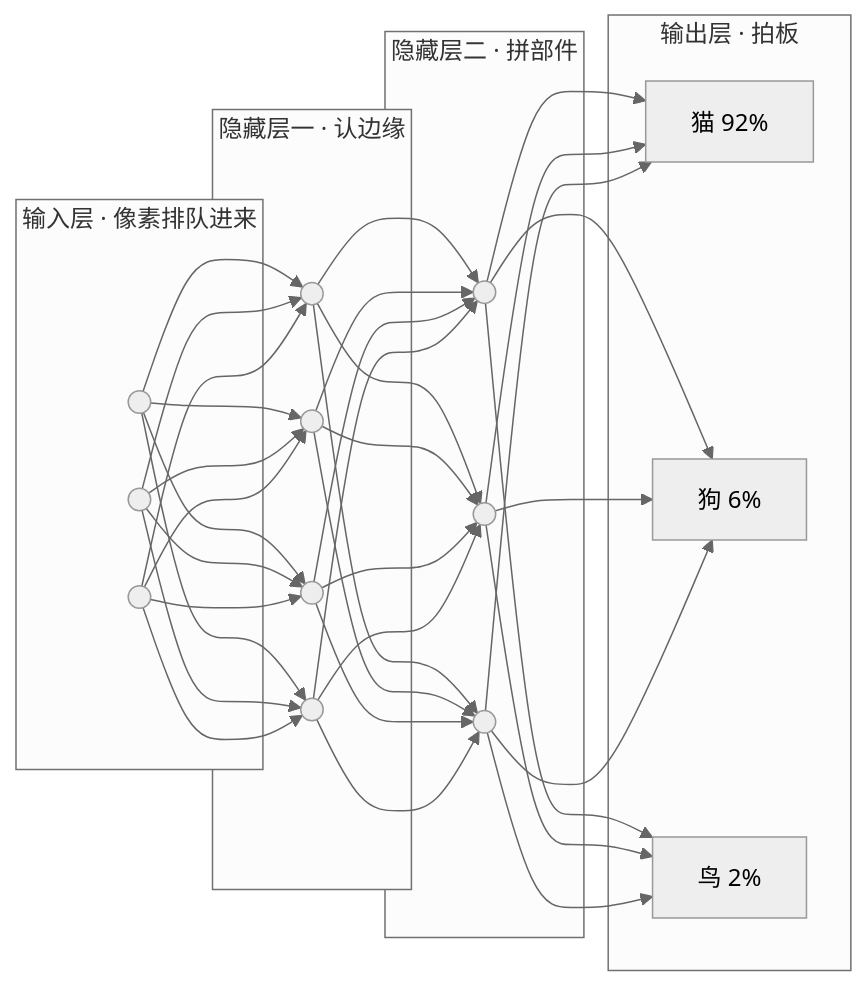
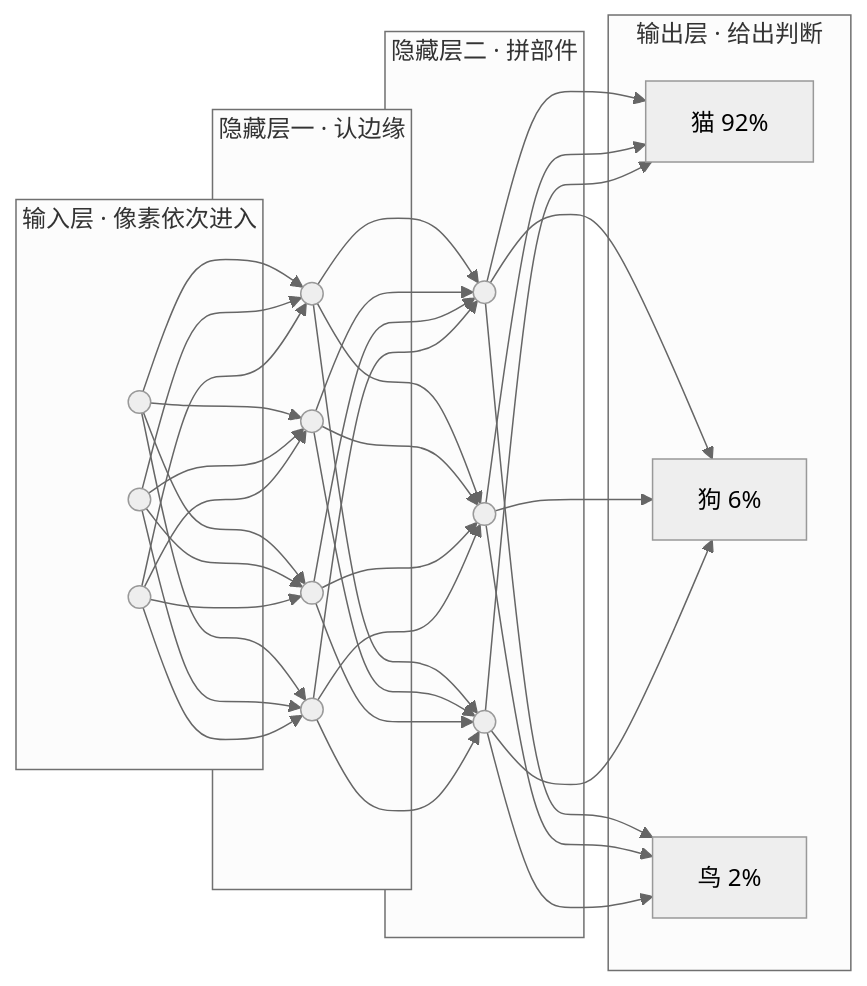
The second of 2 diagrams in 02.AI底层基础/第03课_神经网络/第03课.md (xxxAndlk/AI_Agent_Learning_path), drawn with Mermaid (neutral theme) before and after one commit. The commit also changed other lines of this file and 4 other files, not shown here.

````diff
--- a/02.AI底层基础/第03课_神经网络/第03课.md
+++ b/02.AI底层基础/第03课_神经网络/第03课.md
@@ -72,18 +70,18 @@
 ```mermaid
 flowchart LR
-    subgraph L0["输入层 · 像素排队进来"]
+    subgraph L0["输入层 · 像素依次进入"]
         i1((" ")) & i2((" ")) & i3((" "))
     end
     subgraph L1["隐藏层一 · 认边缘"]
         h1((" ")) & h2((" ")) & h3((" ")) & h4((" "))
     end
     subgraph L2["隐藏层二 · 拼部件"]
         h5((" ")) & h6((" ")) & h7((" "))
     end
-    subgraph L3["输出层 · 拍板"]
+    subgraph L3["输出层 · 给出判断"]
         o1["猫 92%"] & o2["狗 6%"] & o3["鸟 2%"]
     end
     i1 & i2 & i3 --> h1 & h2 & h3 & h4
     h1 & h2 & h3 & h4 --> h5 & h6 & h7
     h5 & h6 & h7 --> o1 & o2 & o3
 ```
````
